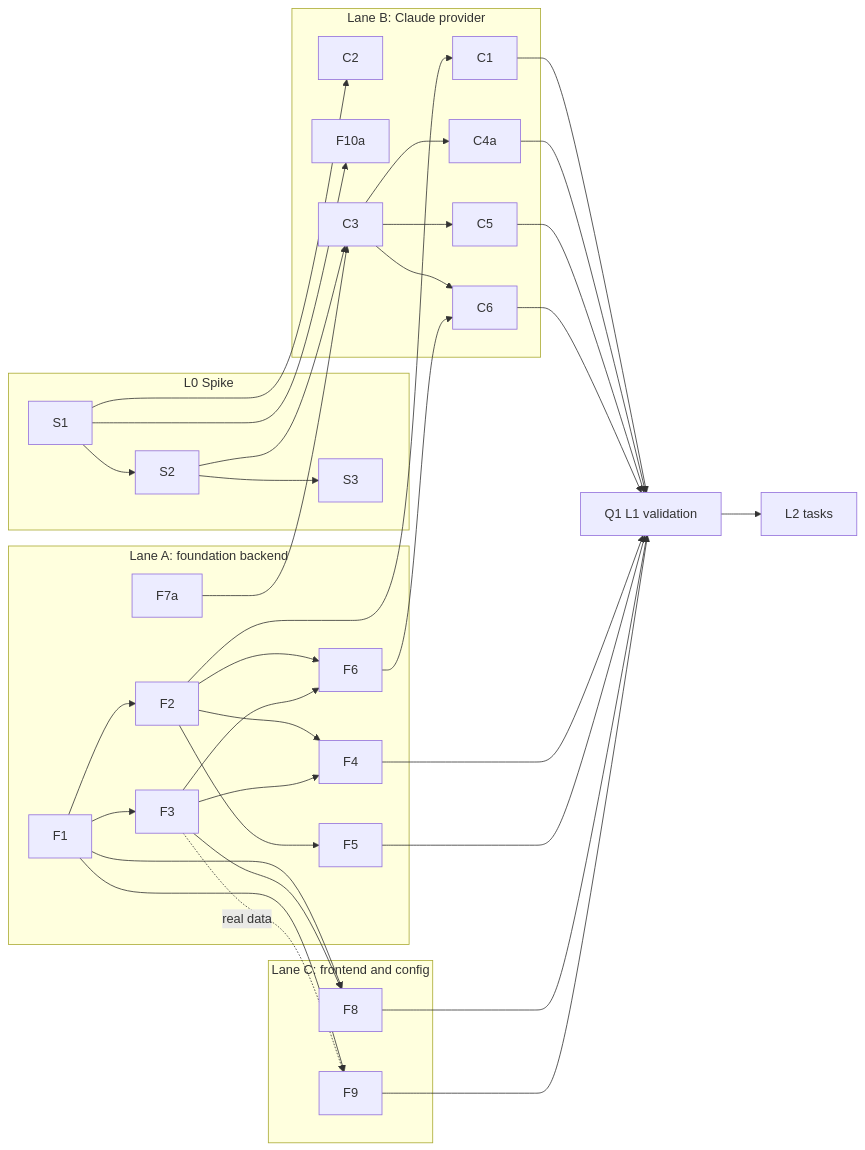
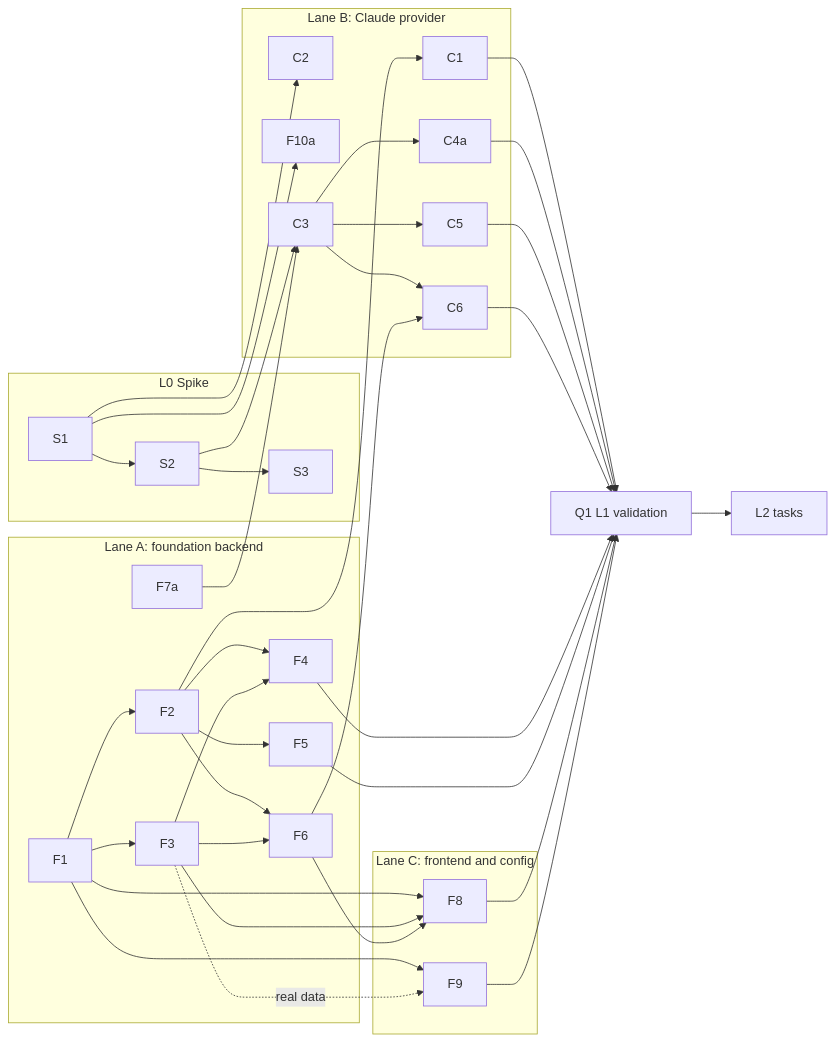
One commit to MattShelton04/TracePilot changed the diagram in docs/research/claude-code-integration/implementation-plan.md. Above: the diagram before and after it, drawn with Mermaid. The commit also changed other lines of this file and 4 other files, not shown here.

````diff
--- a/docs/research/claude-code-integration/implementation-plan.md
+++ b/docs/research/claude-code-integration/implementation-plan.md
@@ -150,33 +184,34 @@
 ```mermaid
 flowchart LR
   subgraph L0[L0 Spike]
     S1 --> S2 --> S3
   end
   subgraph LA[Lane A: foundation backend]
     F1 --> F2 --> F4
     F1 --> F3 --> F4
     F2 --> F5
     F2 --> F6
     F3 --> F6
     F7a
   end
   subgraph LB[Lane B: Claude provider]
     S1 --> C2
     S1 --> F10a
     S2 --> C3
     F7a --> C3
     F2 --> C1
     C3 --> C4a
     C3 --> C5
     C3 --> C6
     F6 --> C6
   end
   subgraph LC[Lane C: frontend and config]
     F1 --> F8
     F3 --> F8
+    F6 --> F8
     F1 --> F9
     F3 -.real data.-> F9
   end
   C1 & C4a & C5 & C6 & F4 & F5 & F8 & F9 --> Q1[Q1 L1 validation]
   Q1 --> L2[L2 tasks]
 ```
````
